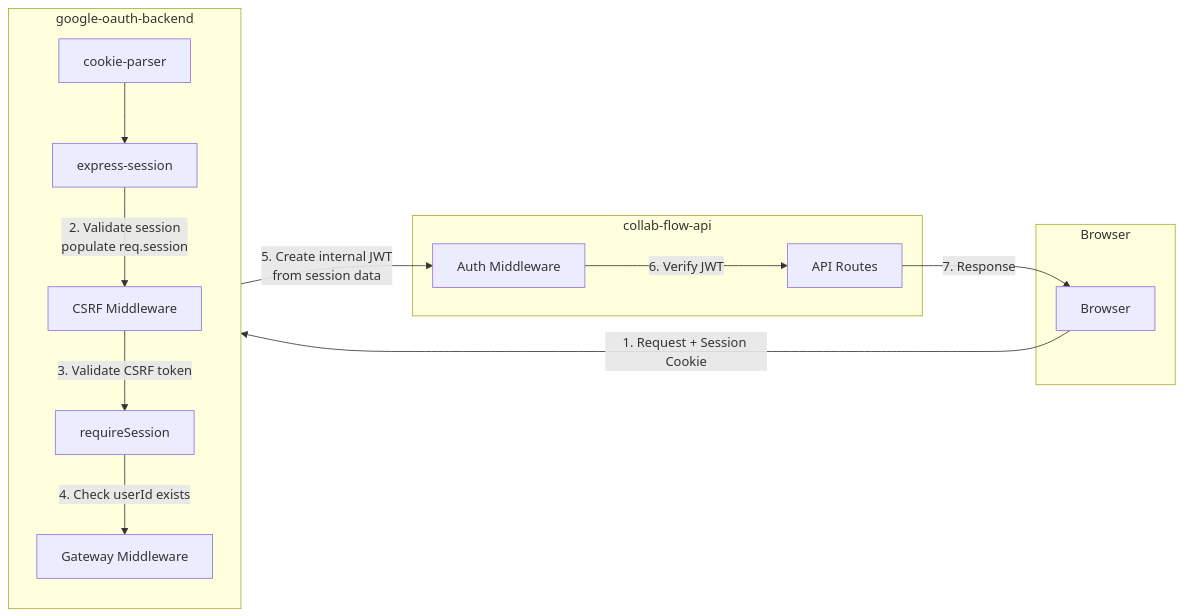
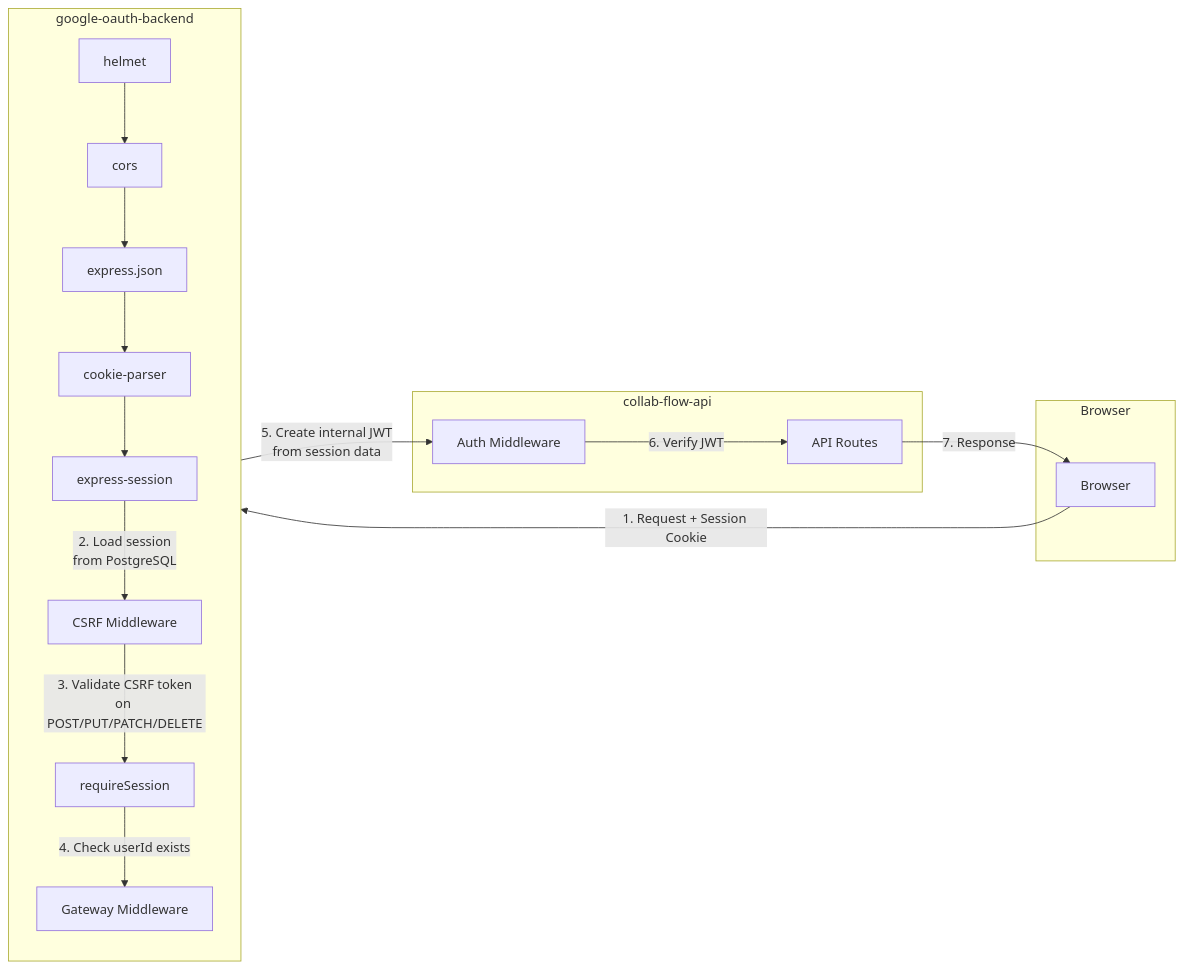
Before and after one commit to akronim/collab-flow: the second of 6 diagrams in SESSION_AUTH_DIAGRAMS.md, drawn with Mermaid. The commit also changed other lines of this file and 58 other files, not shown here.

````diff
--- a/SESSION_AUTH_DIAGRAMS.md
+++ b/SESSION_AUTH_DIAGRAMS.md
@@ -36,29 +39,35 @@
 ```mermaid
 flowchart LR
     subgraph Browser
         B[Browser]
     end
 
     subgraph google-oauth-backend
         direction TB
+        HLM[helmet]
+        CORS[cors]
+        JSON[express.json]
         CP[cookie-parser]
         ES[express-session]
         CSRF[CSRF Middleware]
         RS[requireSession]
         GWM[Gateway Middleware]
     end
 
     subgraph collab-flow-api
         AUTH[Auth Middleware]
         ROUTES[API Routes]
     end
 
-    B -->|1. Request + Session Cookie| CP
+    B -->|1. Request + Session Cookie| HLM
+    HLM --> CORS
+    CORS --> JSON
+    JSON --> CP
     CP --> ES
-    ES -->|2. Validate session<br/>populate req.session| CSRF
-    CSRF -->|3. Validate CSRF token| RS
+    ES -->|2. Load session<br/>from PostgreSQL| CSRF
+    CSRF -->|3. Validate CSRF token<br/>on POST/PUT/PATCH/DELETE| RS
     RS -->|4. Check userId exists| GWM
     GWM -->|5. Create internal JWT<br/>from session data| AUTH
     AUTH -->|6. Verify JWT| ROUTES
     ROUTES -->|7. Response| B
 ```
````
